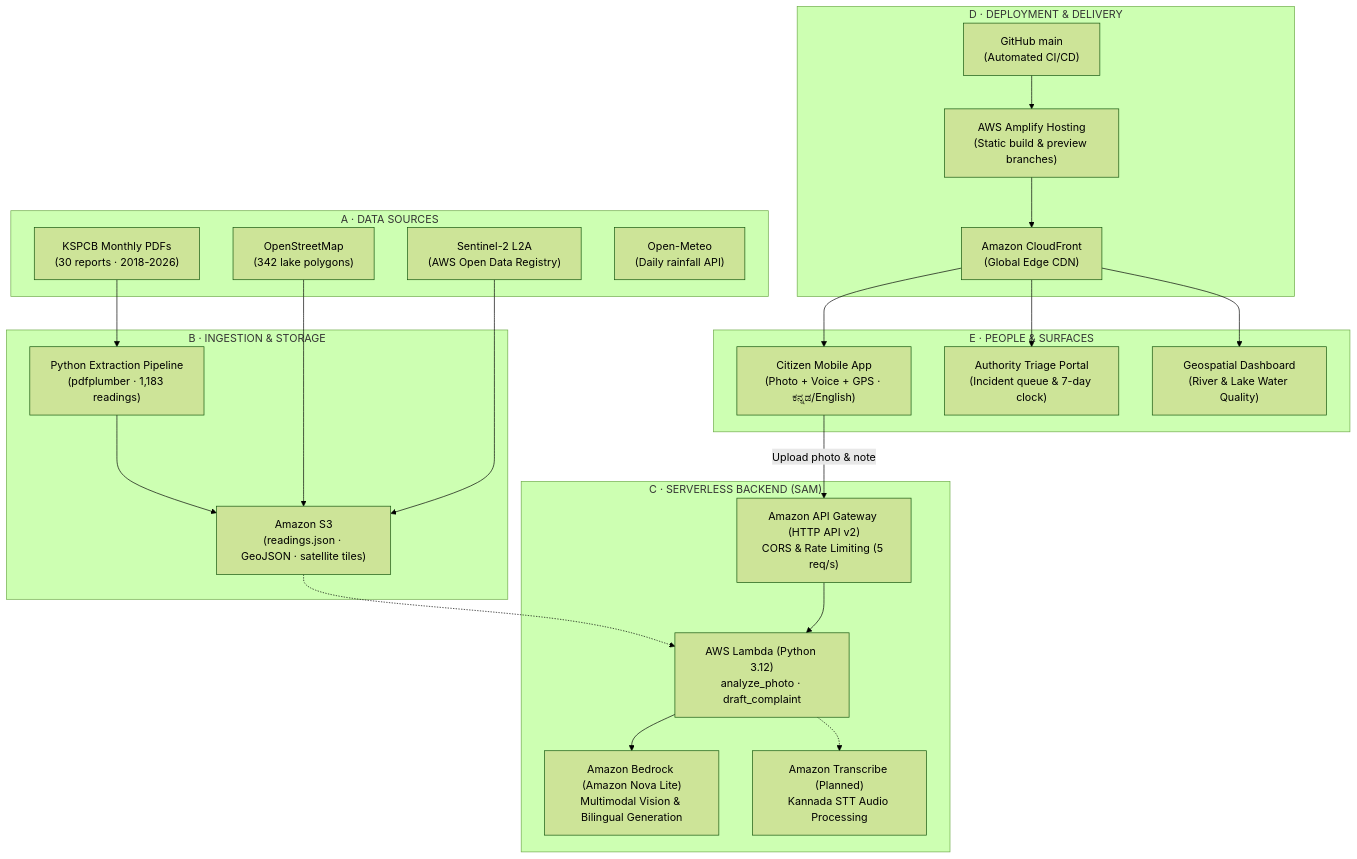
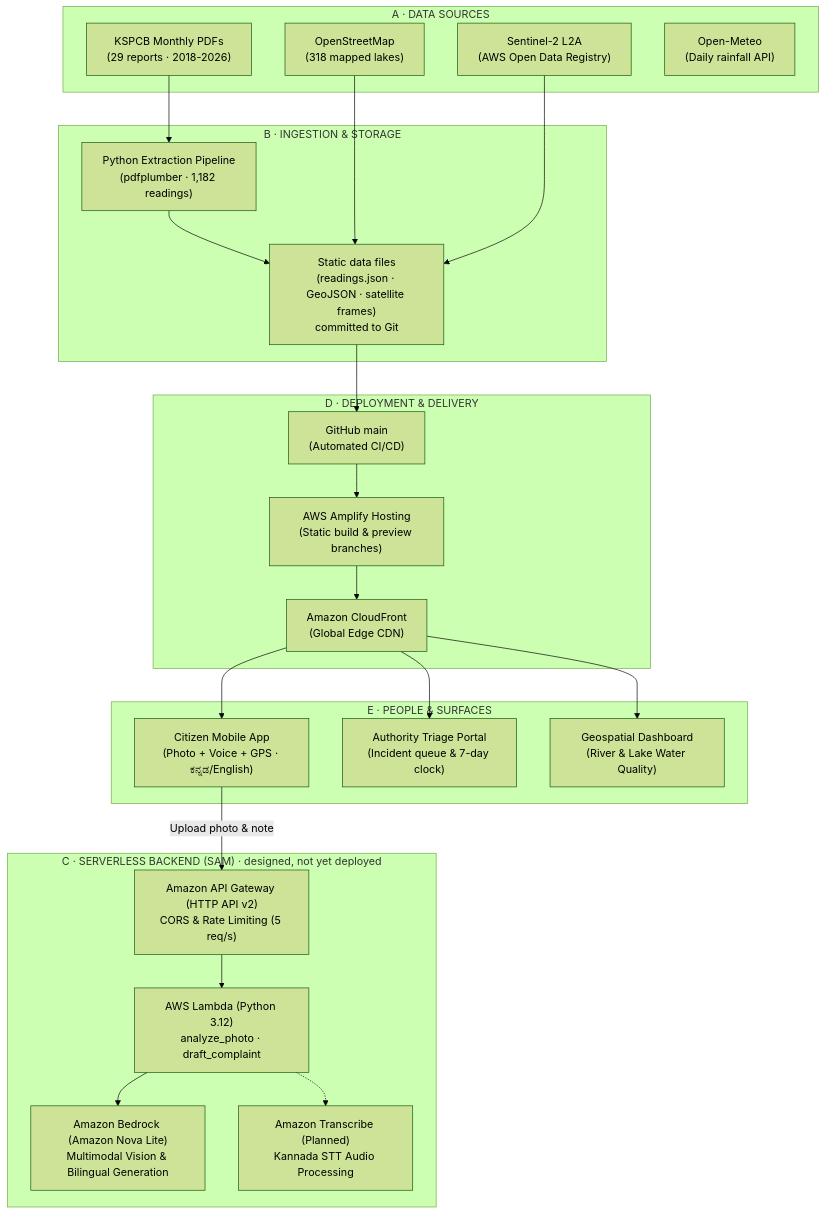
Before and after one commit to mithali-netizen/jala-saakshi: the diagram in README.md, drawn with Mermaid (forest theme). The commit also changed other lines of this file and 15 other files, not shown here.

````diff
--- a/README.md
+++ b/README.md
@@ -223,50 +222,50 @@
 ```mermaid
 flowchart TD
     subgraph DataSources["A · DATA SOURCES"]
-        PDF["KSPCB Monthly PDFs<br/>(30 reports · 2018-2026)"]
-        OSM["OpenStreetMap<br/>(342 lake polygons)"]
+        PDF["KSPCB Monthly PDFs<br/>(29 reports · 2018-2026)"]
+        OSM["OpenStreetMap<br/>(318 mapped lakes)"]
         S2["Sentinel-2 L2A<br/>(AWS Open Data Registry)"]
         OM["Open-Meteo<br/>(Daily rainfall API)"]
     end
 
     subgraph Storage["B · INGESTION & STORAGE"]
-        PIPE["Python Extraction Pipeline<br/>(pdfplumber · 1,183 readings)"]
-        S3["Amazon S3<br/>(readings.json · GeoJSON · satellite tiles)"]
+        PIPE["Python Extraction Pipeline<br/>(pdfplumber · 1,182 readings)"]
+        DATA["Static data files<br/>(readings.json · GeoJSON · satellite frames)<br/>committed to Git"]
     end
 
-    subgraph Backend["C · SERVERLESS BACKEND (SAM)"]
+    subgraph Backend["C · SERVERLESS BACKEND (SAM) · designed, not yet deployed"]
         APIGW["Amazon API Gateway (HTTP API v2)<br/>CORS & Rate Limiting (5 req/s)"]
         LAMBDA["AWS Lambda (Python 3.12)<br/>analyze_photo · draft_complaint"]
         BEDROCK["Amazon Bedrock (Amazon Nova Lite)<br/>Multimodal Vision & Bilingual Generation"]
         TRANSCRIBE["Amazon Transcribe (Planned)<br/>Kannada STT Audio Processing"]
     end
 
     subgraph Delivery["D · DEPLOYMENT & DELIVERY"]
         GIT["GitHub main<br/>(Automated CI/CD)"]
         AMPLIFY["AWS Amplify Hosting<br/>(Static build & preview branches)"]
         CF["Amazon CloudFront<br/>(Global Edge CDN)"]
     end
 
     subgraph Clients["E · PEOPLE & SURFACES"]
         MOBILE["Citizen Mobile App<br/>(Photo + Voice + GPS · ಕನ್ನಡ/English)"]
         PORTAL["Authority Triage Portal<br/>(Incident queue & 7-day clock)"]
         DASH["Geospatial Dashboard<br/>(River & Lake Water Quality)"]
     end
 
     PDF --> PIPE
-    PIPE --> S3
-    OSM --> S3
-    S2 --> S3
-    S3 -.-> LAMBDA
+    PIPE --> DATA
+    OSM --> DATA
+    S2 --> DATA
+    DATA --> GIT
     
     MOBILE -->|Upload photo & note| APIGW
     APIGW --> LAMBDA
     LAMBDA --> BEDROCK
     LAMBDA -.-> TRANSCRIBE
     
     GIT --> AMPLIFY
     AMPLIFY --> CF
     CF --> MOBILE
     CF --> PORTAL
     CF --> DASH
 ```
````
